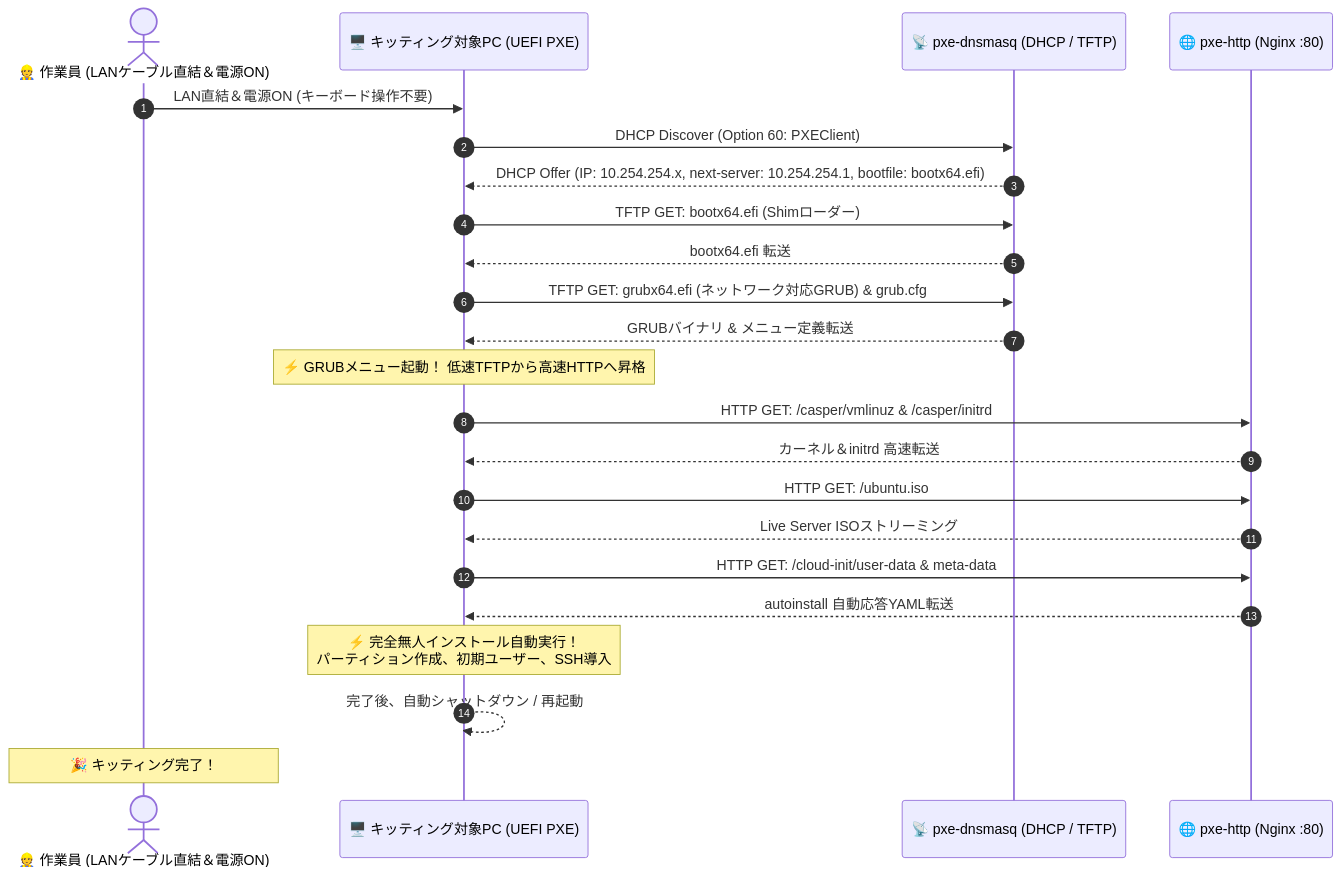
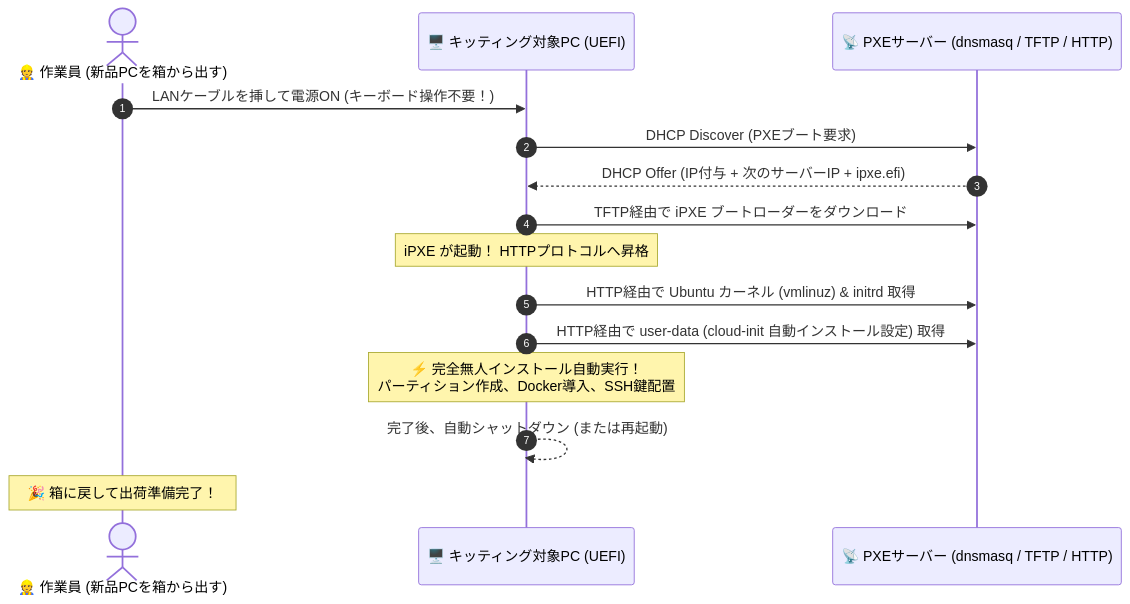
The diagram in QIITA_ARTICLE_DETAIL_44.md (ojisantech/ojisan-arsenal), drawn with Mermaid before and after one commit. The commit also changed other lines of this file and 1 other file, not shown here.

````diff
--- a/QIITA_ARTICLE_DETAIL_44.md
+++ b/QIITA_ARTICLE_DETAIL_44.md
@@ -37,29 +61,21 @@
 ```mermaid
 sequenceDiagram
     autonumber
-    actor Tech as 👷 作業員 (LANケーブル直結＆電源ON)
-    participant Client as 🖥️ キッティング対象PC (UEFI PXE)
-    participant DNS as 📡 pxe-dnsmasq (DHCP / TFTP)
-    participant HTTP as 🌐 pxe-http (Nginx :80)
+    actor Tech as 👷 作業員 (新品PCを箱から出す)
+    participant Client as 🖥️ キッティング対象PC (UEFI)
+    participant PXE as 📡 PXEサーバー (dnsmasq / TFTP / HTTP)
 
-    Tech->>Client: LAN直結＆電源ON (キーボード操作不要)
-    Client->>DNS: DHCP Discover (Option 60: PXEClient)
-    DNS-->>Client: DHCP Offer (IP: 10.254.254.x, next-server: 10.254.254.1, bootfile: bootx64.efi)
-    
-    Client->>DNS: TFTP GET: bootx64.efi (Shimローダー)
-    DNS-->>Client: bootx64.efi 転送
-    Client->>DNS: TFTP GET: grubx64.efi (ネットワーク対応GRUB) & grub.cfg
-    DNS-->>Client: GRUBバイナリ & メニュー定義転送
-    
-    Note over Client: ⚡ GRUBメニュー起動！ 低速TFTPから高速HTTPへ昇格
-    Client->>HTTP: HTTP GET: /casper/vmlinuz & /casper/initrd
-    HTTP-->>Client: カーネル＆initrd 高速転送
-    Client->>HTTP: HTTP GET: /ubuntu.iso
-    HTTP-->>Client: Live Server ISOストリーミング
-    Client->>HTTP: HTTP GET: /cloud-init/user-data & meta-data
-    HTTP-->>Client: autoinstall 自動応答YAML転送
-    
-    Note over Client: ⚡ 完全無人インストール自動実行！<br/>パーティション作成、初期ユーザー、SSH導入
-    Client-->>Client: 完了後、自動シャットダウン / 再起動
-    Note over Tech: 🎉 キッティング完了！
+    Tech->>Client: LANケーブルを挿して電源ON (キーボード操作不要！)
+    Client->>PXE: DHCP Discover (PXEブート要求)
+    PXE-->>Client: DHCP Offer (IP付与 + 次のサーバーIP + ipxe.efi)
+
+    Client->>PXE: TFTP経由で iPXE ブートローダーをダウンロード
+    Note over Client: iPXE が起動！ HTTPプロトコルへ昇格
+
+    Client->>PXE: HTTP経由で Ubuntu カーネル (vmlinuz) & initrd 取得
+    Client->>PXE: HTTP経由で user-data (cloud-init 自動インストール設定) 取得
+
+    Note over Client: ⚡ 完全無人インストール自動実行！<br/>パーティション作成、Docker導入、SSH鍵配置
+    Client-->>Client: 完了後、自動シャットダウン (または再起動)
+    Note over Tech: 🎉 箱に戻して出荷準備完了！
 ```
````
